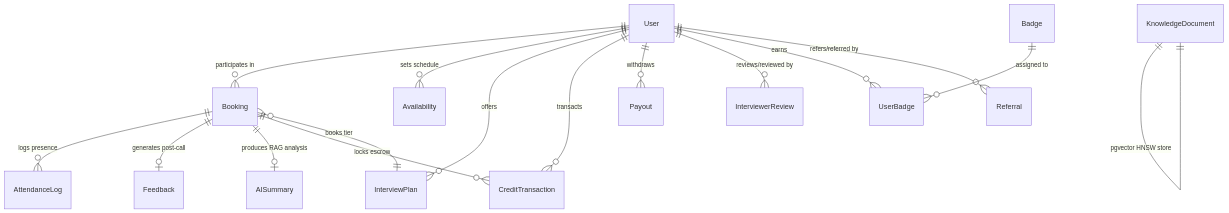
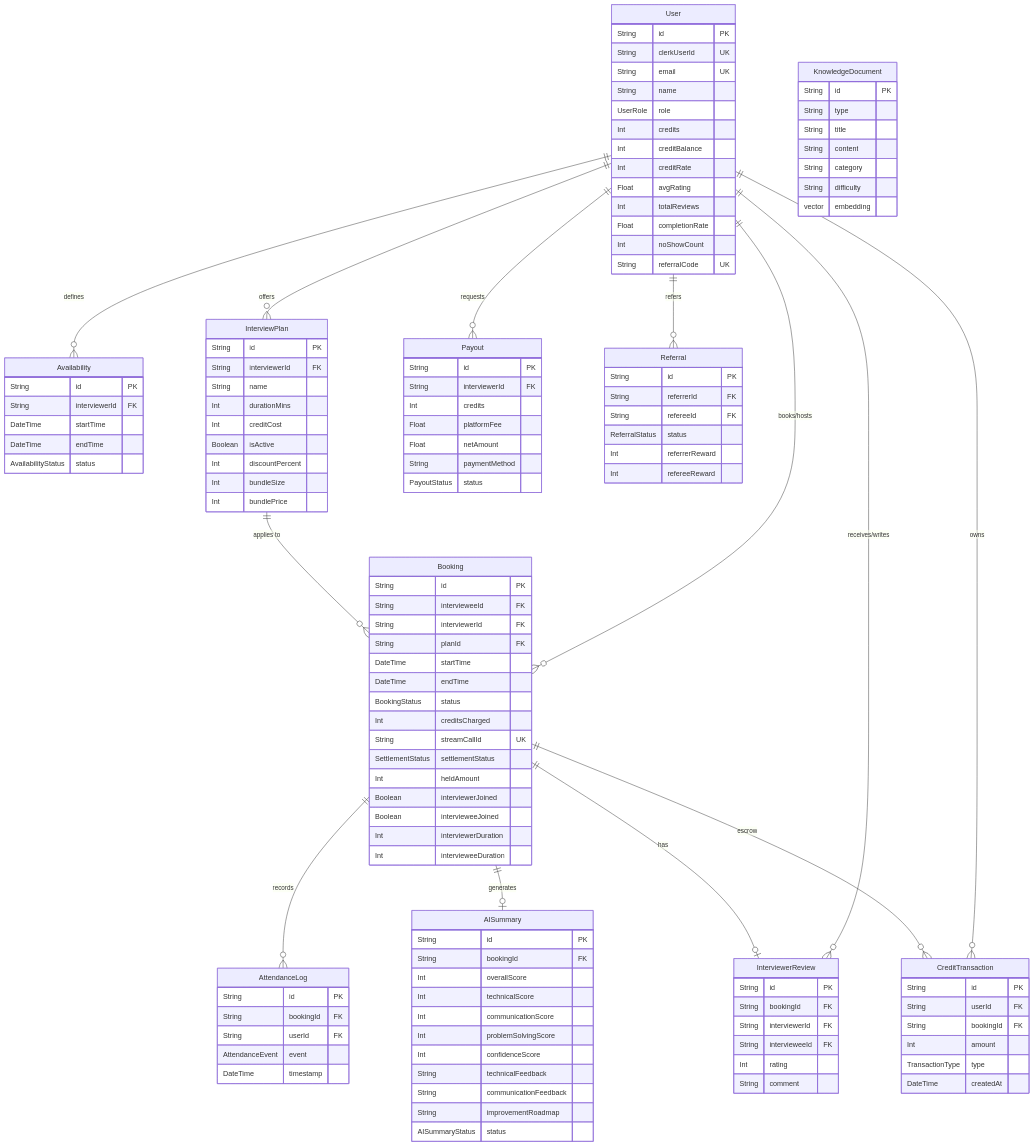
The seventh of 7 diagrams in README.md (aayushsoni-ai/PrepT), drawn with Mermaid before and after one commit. The commit also changed other lines of this file, not shown here.

Commit message:
docs: complete enterprise README with comprehensive HLD, 5 workflows, schema, and tech stack breakdown

````diff
--- a/README.md
+++ b/README.md
@@ -107,20 +313,139 @@
 ```mermaid
 erDiagram
-    User ||--o{ Booking : "participates in"
-    User ||--o{ Availability : "sets schedule"
+    User {
+        String id PK
+        String clerkUserId UK
+        String email UK
+        String name
+        UserRole role
+        Int credits
+        Int creditBalance
+        Int creditRate
+        Float avgRating
+        Int totalReviews
+        Float completionRate
+        Int noShowCount
+        String referralCode UK
+    }
+
+    Availability {
+        String id PK
+        String interviewerId FK
+        DateTime startTime
+        DateTime endTime
+        AvailabilityStatus status
+    }
+
+    InterviewPlan {
+        String id PK
+        String interviewerId FK
+        String name
+        Int durationMins
+        Int creditCost
+        Boolean isActive
+        Int discountPercent
+        Int bundleSize
+        Int bundlePrice
+    }
+
+    Booking {
+        String id PK
+        String intervieweeId FK
+        String interviewerId FK
+        String planId FK
+        DateTime startTime
+        DateTime endTime
+        BookingStatus status
+        Int creditsCharged
+        String streamCallId UK
+        SettlementStatus settlementStatus
+        Int heldAmount
+        Boolean interviewerJoined
+        Boolean intervieweeJoined
+        Int interviewerDuration
+        Int intervieweeDuration
+    }
+
+    AttendanceLog {
+        String id PK
+        String bookingId FK
+        String userId FK
+        AttendanceEvent event
+        DateTime timestamp
+    }
+
+    AISummary {
+        String id PK
+        String bookingId FK
+        Int overallScore
+        Int technicalScore
+        Int communicationScore
+        Int problemSolvingScore
+        Int confidenceScore
+        String technicalFeedback
+        String communicationFeedback
+        String improvementRoadmap
+        AISummaryStatus status
+    }
+
+    InterviewerReview {
+        String id PK
+        String bookingId FK
+        String interviewerId FK
+        String intervieweeId FK
+        Int rating
+        String comment
+    }
+
+    CreditTransaction {
+        String id PK
+        String userId FK
+        String bookingId FK
+        Int amount
+        TransactionType type
+        DateTime createdAt
+    }
+
+    Payout {
+        String id PK
+        String interviewerId FK
+        Int credits
+        Float platformFee
+        Float netAmount
+        String paymentMethod
+        PayoutStatus status
+    }
+
+    Referral {
+        String id PK
+        String referrerId FK
+        String refereeId FK
+        ReferralStatus status
+        Int referrerReward
+        Int refereeReward
+    }
+
+    KnowledgeDocument {
+        String id PK
+        String type
+        String title
+        String content
+        String category
+        String difficulty
+        vector embedding
+    }
+
+    User ||--o{ Availability : "defines"
     User ||--o{ InterviewPlan : "offers"
-    User ||--o{ CreditTransaction : "transacts"
-    User ||--o{ Payout : "withdraws"
-    User ||--o{ InterviewerReview : "reviews/reviewed by"
-    User ||--o{ UserBadge : "earns"
-    User ||--o{ Referral : "refers/referred by"
+    User ||--o{ Booking : "books/hosts"
+    User ||--o{ CreditTransaction : "owns"
+    User ||--o{ Payout : "requests"
+    User ||--o{ InterviewerReview : "receives/writes"
+    User ||--o{ Referral : "refers"
 
-    Booking ||--o{ AttendanceLog : "logs presence"
-    Booking ||--o| Feedback : "generates post-call"
-    Booking ||--o| AISummary : "produces RAG analysis"
-    Booking ||--o{ CreditTransaction : "locks escrow"
-    Booking }o--|| InterviewPlan : "books tier"
-
-    Badge ||--o{ UserBadge : "assigned to"
-    KnowledgeDocument ||--|| KnowledgeDocument : "pgvector HNSW store"
+    Booking ||--o{ AttendanceLog : "records"
+    Booking ||--o| AISummary : "generates"
+    Booking ||--o| InterviewerReview : "has"
+    Booking ||--o{ CreditTransaction : "escrow"
+    InterviewPlan ||--o{ Booking : "applies to"
 ```
````
